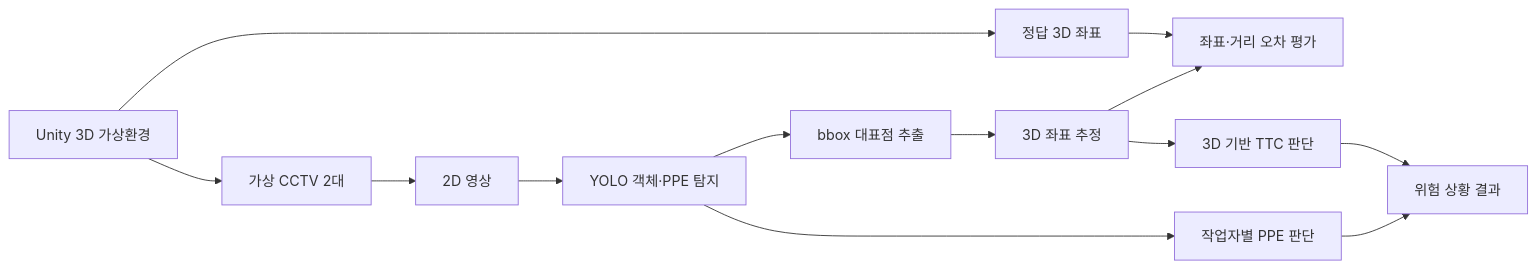
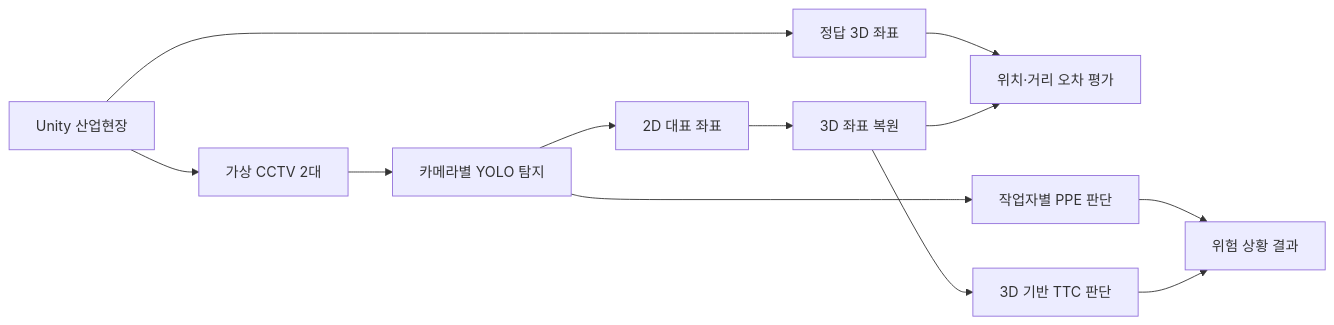
The diagram in README.md (geunchanKim/Comprehensive-Design-Project2-CCTV-Safety), drawn with Mermaid before and after one commit. The commit also changed other lines of this file, not shown here.

````diff
--- a/README.md
+++ b/README.md
@@ -55,15 +36,14 @@
 ```mermaid
 flowchart LR
-    A[Unity 3D 가상환경] --> B[가상 CCTV 2대]
+    A[Unity 산업현장] --> B[가상 CCTV 2대]
     A --> C[정답 3D 좌표]
-    B --> D[2D 영상]
-    D --> E[YOLO 객체·PPE 탐지]
-    E --> F[bbox 대표점 추출]
-    F --> G[3D 좌표 추정]
-    C --> H[좌표·거리 오차 평가]
-    G --> H
-    G --> I[3D 기반 TTC 판단]
-    E --> J[작업자별 PPE 판단]
-    I --> K[위험 상황 결과]
-    J --> K
+    B --> D[카메라별 YOLO 탐지]
+    D --> E[2D 대표 좌표]
+    E --> F[3D 좌표 복원]
+    C --> G[위치·거리 오차 평가]
+    F --> G
+    D --> H[작업자별 PPE 판단]
+    F --> I[3D 기반 TTC 판단]
+    H --> J[위험 상황 결과]
+    I --> J
 ```
````
